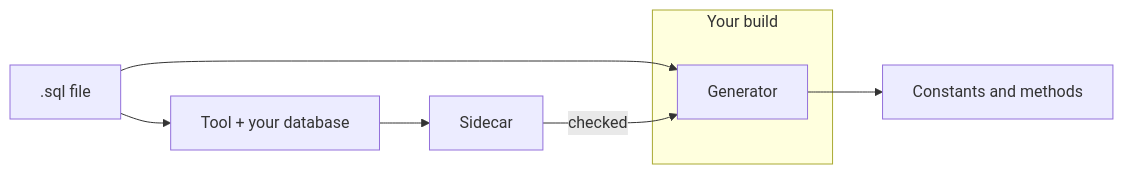
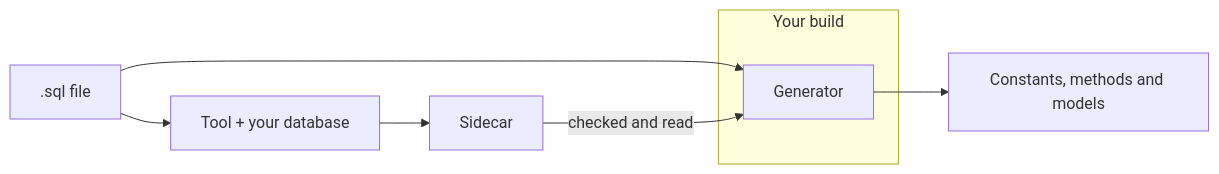
The diagram in docs/manual/concepts.md (mbcrawfo/SqlSource), drawn with Mermaid before and after one commit. The commit also changed other lines of this file and 18 other files, not shown here.

````diff
--- a/docs/manual/concepts.md
+++ b/docs/manual/concepts.md
@@ -5,11 +5,11 @@
 ```mermaid
 flowchart LR
     sql[".sql file"] --> generator
     subgraph build["Your build"]
         generator["Generator"]
     end
-    generator --> code["Constants and methods"]
+    generator --> code["Constants, methods and models"]
     sql --> tool["Tool + your database"]
     tool --> sidecar["Sidecar"]
-    sidecar -->|checked| generator
+    sidecar -->|checked and read| generator
 ```
````
